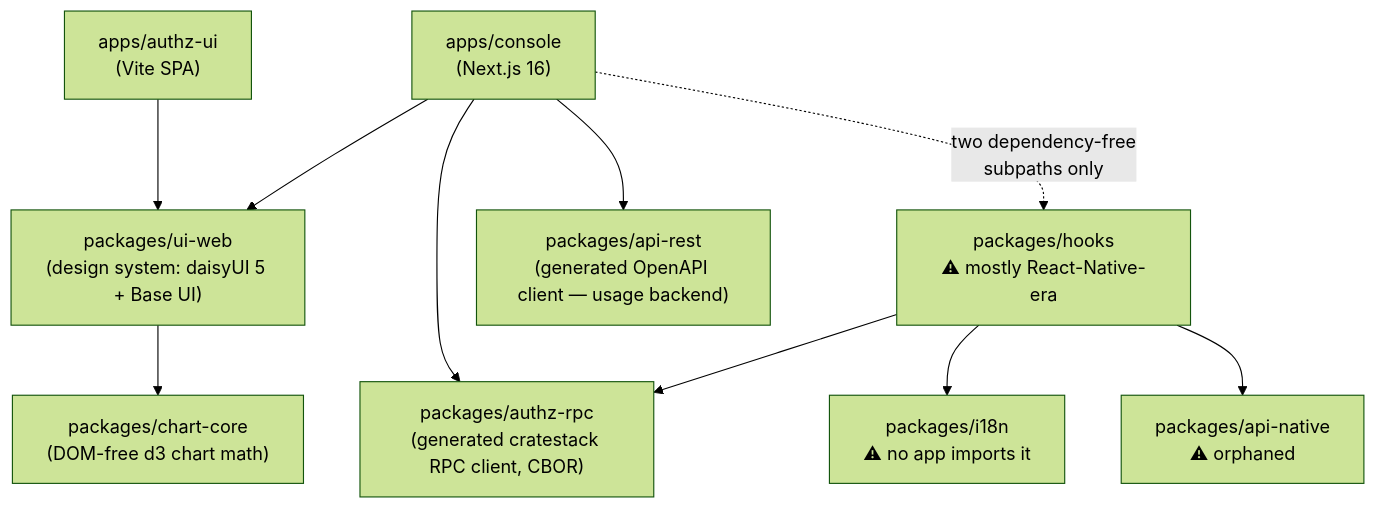
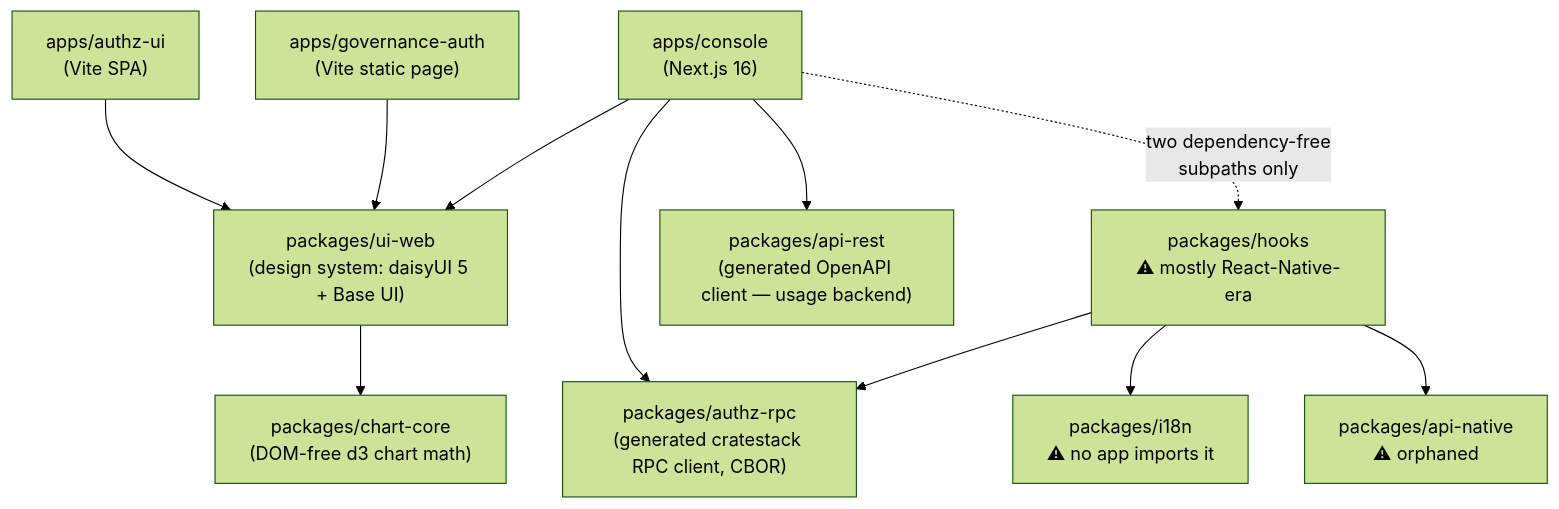
One commit to ADORSYS-GIS/converse-frontends changed the diagram in docs/knowledge/architecture.md. Above: the diagram before and after it, drawn with Mermaid (forest theme). The commit also changed other lines of this file and 5 other files, not shown here.

First line of the commit message:
docs: document governance-auth loopback callback page (#462)

````diff
--- a/docs/knowledge/architecture.md
+++ b/docs/knowledge/architecture.md
@@ -49,22 +51,24 @@
 ```mermaid
 flowchart TD
     console["apps/console<br/>(Next.js 16)"]
     authzui["apps/authz-ui<br/>(Vite SPA)"]
+    govauth["apps/governance-auth<br/>(Vite static page)"]
     uiweb["packages/ui-web<br/>(design system: daisyUI 5 + Base UI)"]
     chart["packages/chart-core<br/>(DOM-free d3 chart math)"]
     authzrpc["packages/authz-rpc<br/>(generated cratestack RPC client, CBOR)"]
     apirest["packages/api-rest<br/>(generated OpenAPI client — usage backend)"]
     hooks["packages/hooks<br/>⚠ mostly React-Native-era"]
     i18n["packages/i18n<br/>⚠ no app imports it"]
     apinative["packages/api-native<br/>⚠ orphaned"]
 
     console --> uiweb
     console --> authzrpc
     console --> apirest
     console -.->|"two dependency-free<br/>subpaths only"| hooks
     authzui --> uiweb
+    govauth --> uiweb
     uiweb --> chart
     hooks --> authzrpc
     hooks --> i18n
     hooks --> apinative
 ```
````
